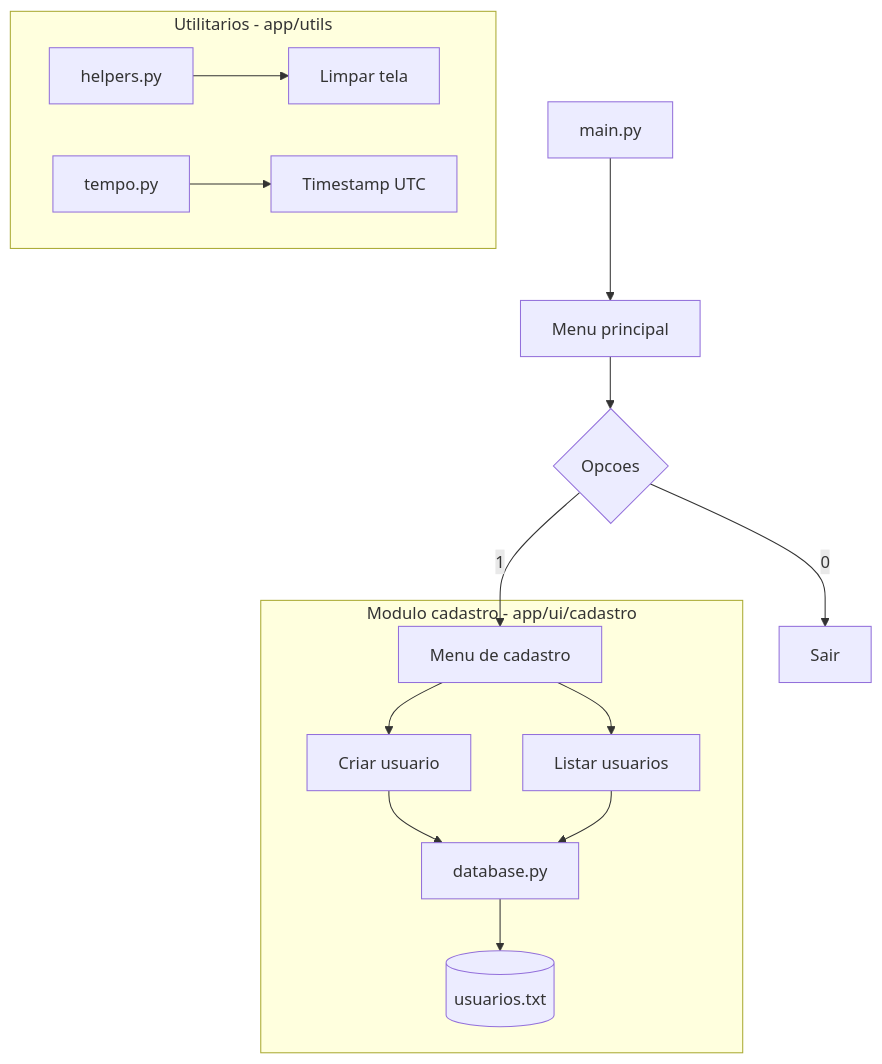
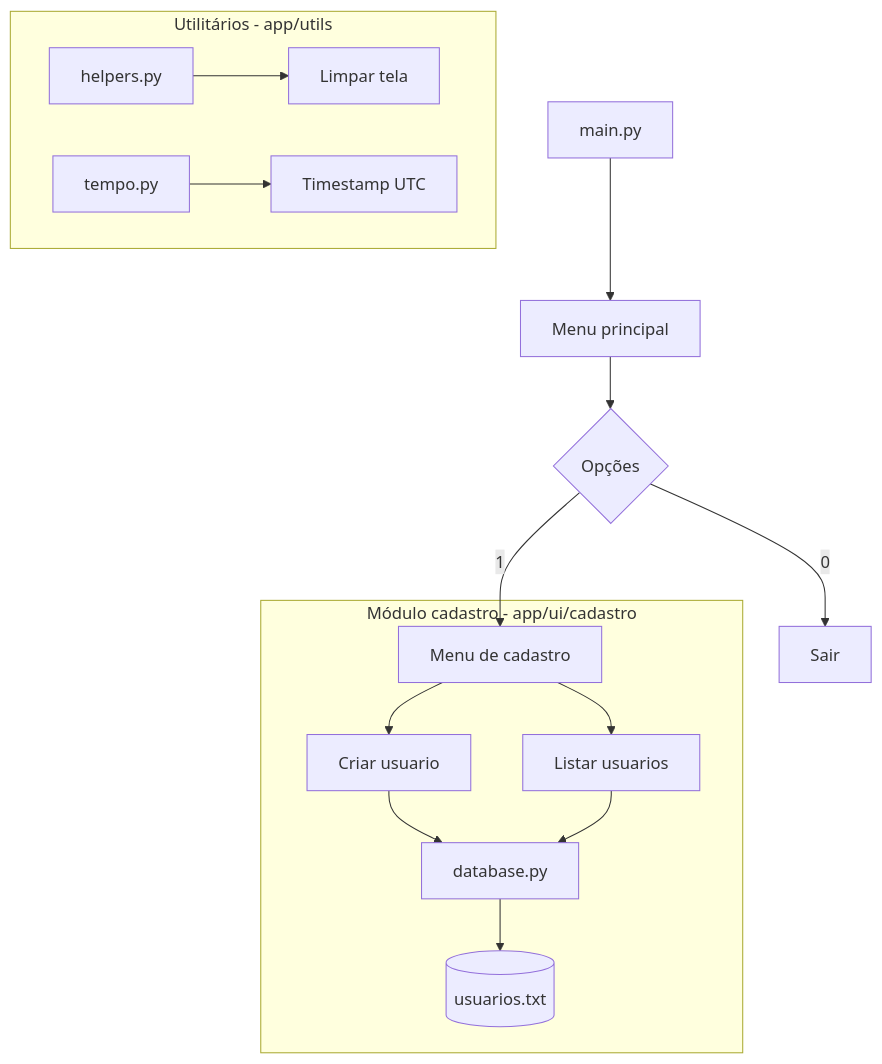
Before and after one commit to carmipa/aspm-ia-fiap-pride-security-2026-public: the first of 2 diagrams in README.md, drawn with Mermaid. The commit also changed other lines of this file, not shown here.

Commit message:
docs: update project README with branding, refined architecture, and updated roadmap

````diff
--- a/README.md
+++ b/README.md
@@ -34,20 +38,20 @@
 ```mermaid
 flowchart TD
     A[main.py] --> B[Menu principal]
-    B --> C{Opcoes}
+    B --> C{Opções}
     C -->|1| D[Menu de cadastro]
     C -->|0| E[Sair]
 
-    subgraph CAD[Modulo cadastro - app/ui/cadastro]
+    subgraph CAD[Módulo cadastro - app/ui/cadastro]
         D --> D1[Criar usuario]
         D --> D2[Listar usuarios]
         D1 --> DB[database.py]
         D2 --> DB
         DB --> TXT[(usuarios.txt)]
     end
 
-    subgraph UTL[Utilitarios - app/utils]
+    subgraph UTL[Utilitários - app/utils]
         H[helpers.py] --> Visual[Limpar tela]
         T[tempo.py] --> Log[Timestamp UTC]
     end
 ```
````
